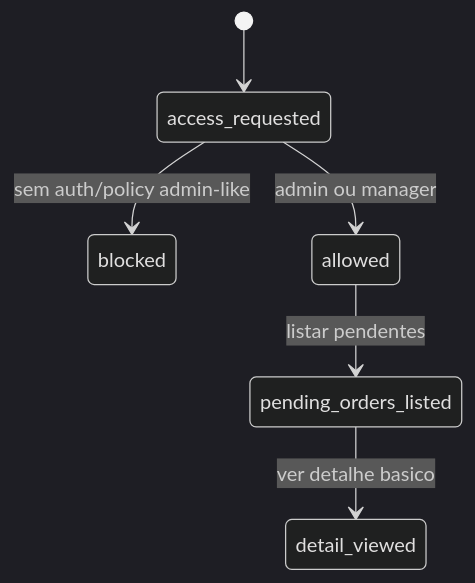
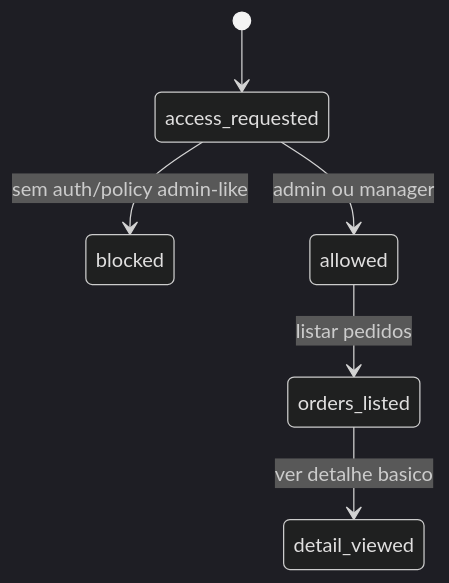
One commit to Ald3b4r4n/triadenext changed the ninth of 9 diagrams in _reversa_sdd/state-machines.md. Above: the diagram before and after it, drawn with Mermaid (dark theme). The commit also changed other lines of this file and 9 other files, not shown here.

````diff
--- a/_reversa_sdd/state-machines.md
+++ b/_reversa_sdd/state-machines.md
@@ -128,8 +178,8 @@
 ```mermaid
 stateDiagram-v2
   [*] --> access_requested
   access_requested --> blocked: sem auth/policy admin-like
   access_requested --> allowed: admin ou manager
-  allowed --> pending_orders_listed: listar pendentes
-  pending_orders_listed --> detail_viewed: ver detalhe basico
+  allowed --> orders_listed: listar pedidos
+  orders_listed --> detail_viewed: ver detalhe basico
 ```
````
